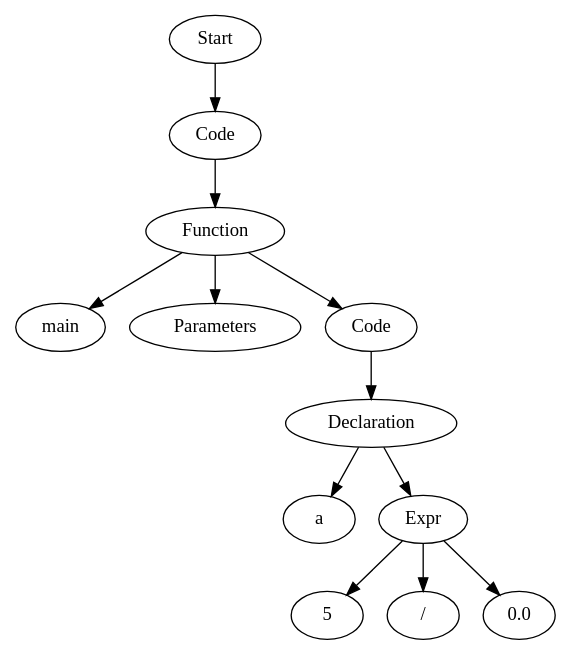
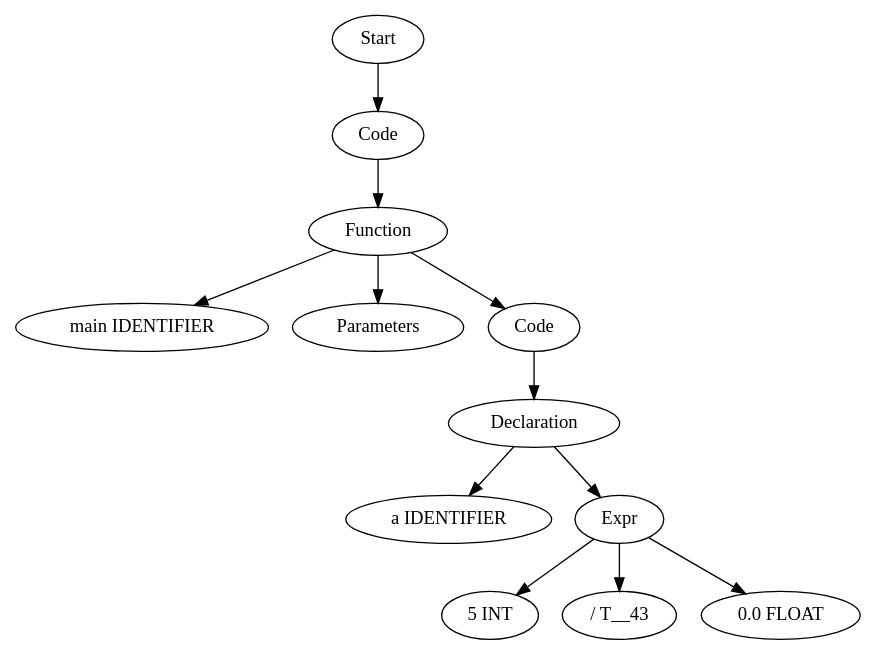
Before and after one commit to Are-you-listening/Compilers: the diagram in TestCases/ASTTests/ConstantFoldingTests/createTests/read_file_before.dot, drawn with Graphviz. The commit also changed 208 other files, not shown here.

```diff
--- a/TestCases/ASTTests/ConstantFoldingTests/createTests/read_file_before.dot
+++ b/TestCases/ASTTests/ConstantFoldingTests/createTests/read_file_before.dot
@@ -1,25 +1,25 @@
 digraph AST {
-  "133588038390048" [label="Start"];
-  "133588038390048" -> "133588038389232";
-  "133588038389232" [label="Code"];
-  "133588038389232" -> "133588038386928";
-  "133588038386928" [label="Function"];
-  "133588038386928" -> "133588038398112";
-  "133588038386928" -> "133588038400320";
-  "133588038386928" -> "133588038400800";
-  "133588038398112" [label="main"];
-  "133588038400320" [label="Parameters"];
-  "133588038400800" [label="Code"];
-  "133588038400800" -> "133588038396576";
-  "133588038396576" [label="Declaration"];
-  "133588038396576" -> "133588038387552";
-  "133588038396576" -> "133588038399120";
-  "133588038387552" [label="a"];
-  "133588038399120" [label="Expr"];
-  "133588038399120" -> "133588038401712";
-  "133588038399120" -> "133588038396624";
-  "133588038399120" -> "133588038390096";
-  "133588038401712" [label="5"];
-  "133588038396624" [label="/"];
-  "133588038390096" [label="0.0"];
+  "132687456058864" [label="Start"];
+  "132687456058864" -> "132687456052192";
+  "132687456052192" [label="Code"];
+  "132687456052192" -> "132687456054352";
+  "132687456054352" [label="Function"];
+  "132687456054352" -> "132687456043600";
+  "132687456054352" -> "132687456058912";
+  "132687456054352" -> "132687456049600";
+  "132687456043600" [label="main IDENTIFIER"];
+  "132687456058912" [label="Parameters"];
+  "132687456049600" [label="Code"];
+  "132687456049600" -> "132687456048688";
+  "132687456048688" [label="Declaration"];
+  "132687456048688" -> "132687456059344";
+  "132687456048688" -> "132687456052480";
+  "132687456059344" [label="a IDENTIFIER"];
+  "132687456052480" [label="Expr"];
+  "132687456052480" -> "132687456049984";
+  "132687456052480" -> "132687456052816";
+  "132687456052480" -> "132687456049168";
+  "132687456049984" [label="5 INT"];
+  "132687456052816" [label="/ T__43"];
+  "132687456049168" [label="0.0 FLOAT"];
 }
```
